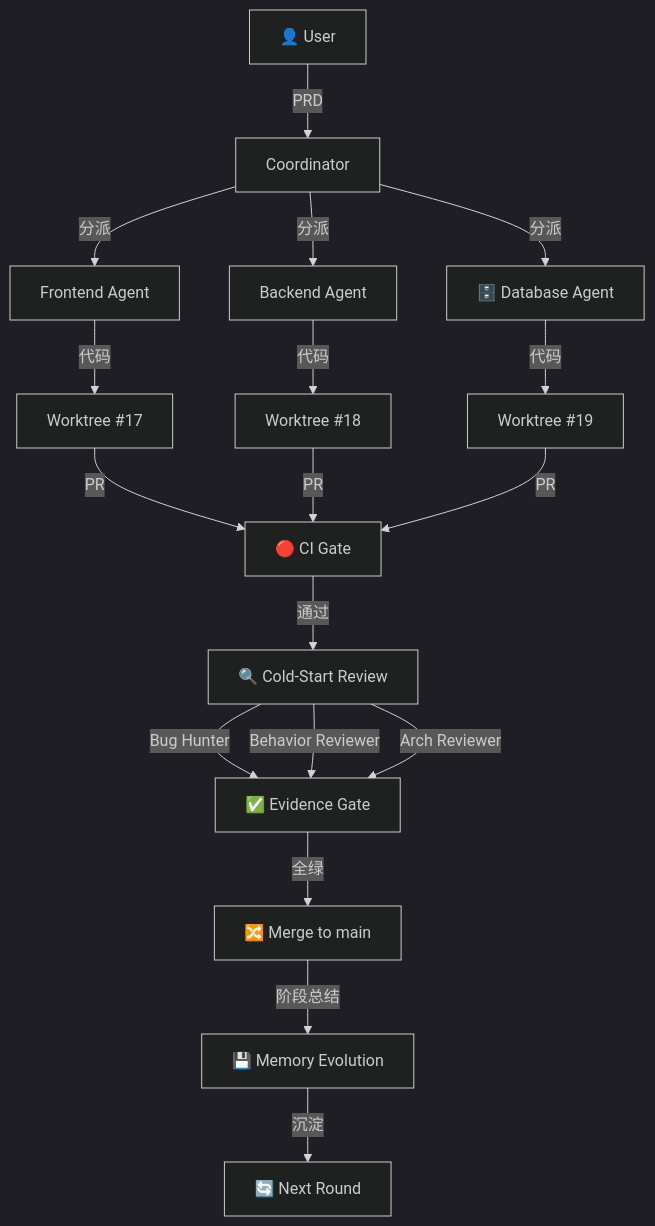
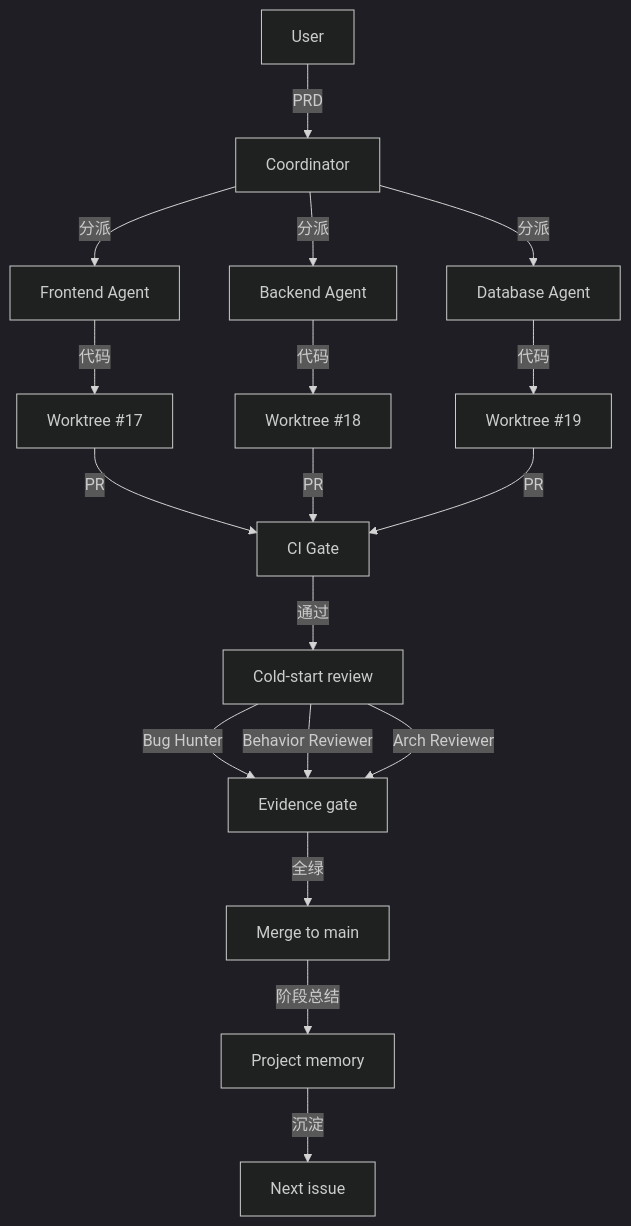
The diagram in src/content/blog/ai-engineering-harness.mdx (lora-sys/loraSys), drawn with Mermaid (dark theme) before and after one commit. The commit also changed other lines of this file, not shown here.

````diff
--- a/src/content/blog/ai-engineering-harness.mdx
+++ b/src/content/blog/ai-engineering-harness.mdx
@@ -116,24 +118,24 @@
 ```mermaid
 graph TD
-    User[👤 User] -->|PRD| Coordinator[Coordinator]
+    User[User] -->|PRD| Coordinator[Coordinator]
     Coordinator -->|分派| Frontend[Frontend Agent]
     Coordinator -->|分派| Backend[Backend Agent]
-    Coordinator -->|分派| Database[🗄️ Database Agent]
+    Coordinator -->|分派| Database[Database Agent]
 
     Frontend -->|代码| Worktree1[Worktree #17]
     Backend -->|代码| Worktree2[Worktree #18]
     Database -->|代码| Worktree3[Worktree #19]
 
-    Worktree1 -->|PR| CI[🔴 CI Gate]
+    Worktree1 -->|PR| CI[CI Gate]
     Worktree2 -->|PR| CI
     Worktree3 -->|PR| CI
 
-    CI -->|通过| Review[🔍 Cold-Start Review]
-    Review -->|Bug Hunter| Evidence[✅ Evidence Gate]
+    CI -->|通过| Review[Cold-start review]
+    Review -->|Bug Hunter| Evidence[Evidence gate]
     Review -->|Behavior Reviewer| Evidence
     Review -->|Arch Reviewer| Evidence
 
-    Evidence -->|全绿| Merge[🔀 Merge to main]
-    Merge -->|阶段总结| Memory[💾 Memory Evolution]
-    Memory -->|沉淀| Next[🔄 Next Round]
+    Evidence -->|全绿| Merge[Merge to main]
+    Merge -->|阶段总结| Memory[Project memory]
+    Memory -->|沉淀| Next[Next issue]
 ```
````
